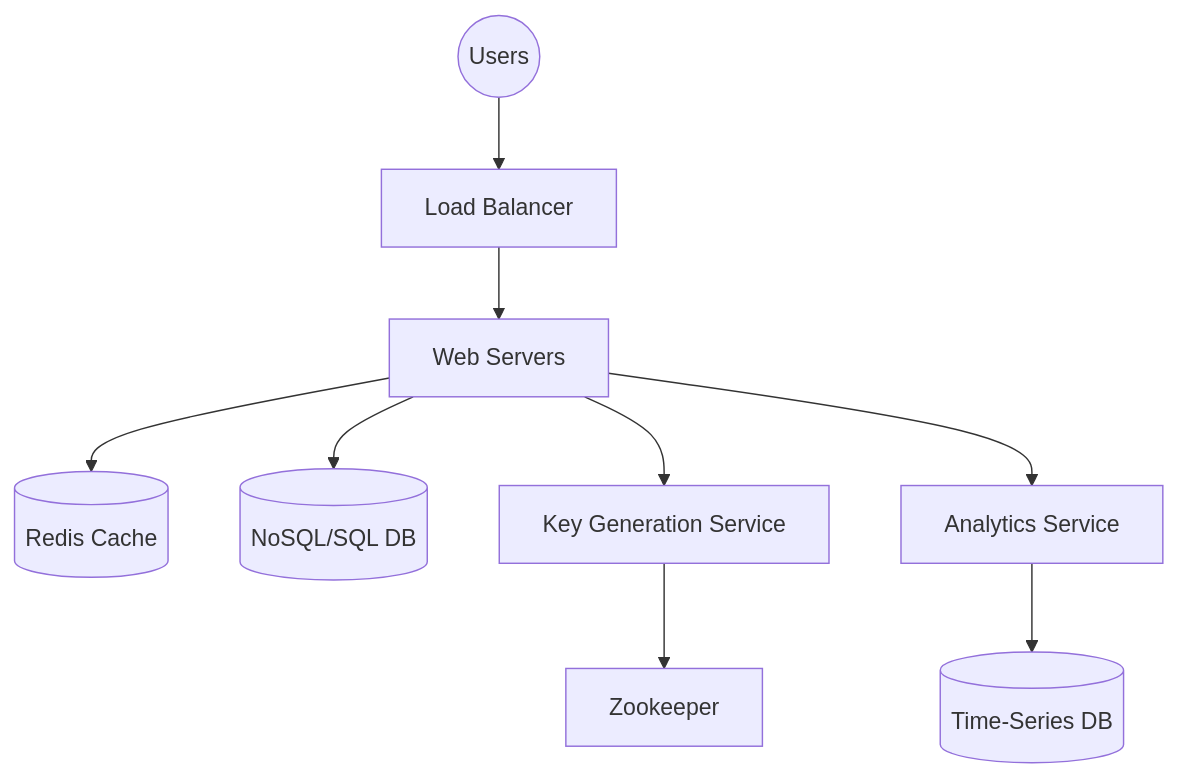
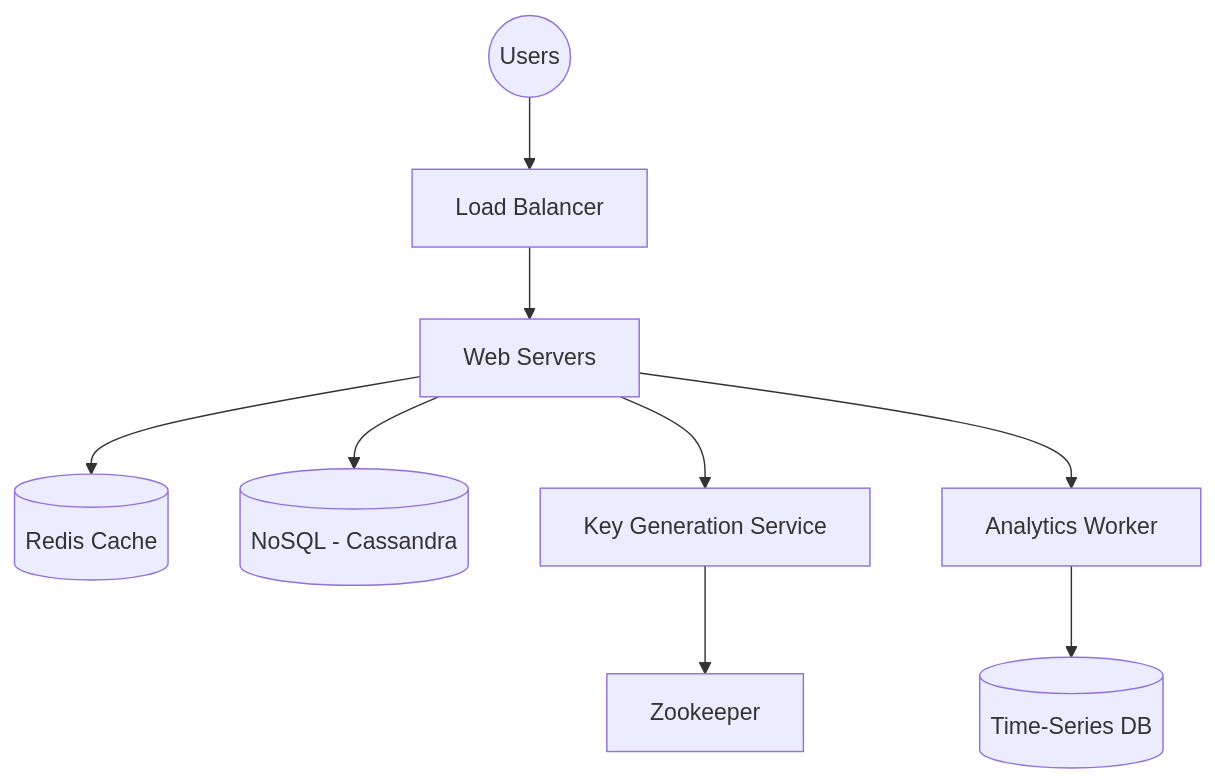
Before and after one commit to yokeshrana/systemdesign: the diagram in docs/case-studies/url-shortener.md, drawn with Mermaid. The commit also changed other lines of this file and 5 other files, not shown here.

Commit message:
docs: deeply enhance case studies with 7-step structure and detailed architecture

````diff
--- a/docs/case-studies/url-shortener.md
+++ b/docs/case-studies/url-shortener.md
@@ -21,14 +105,14 @@
 ```mermaid
 graph TD
     User((Users)) --> LB[Load Balancer]
     LB --> Web[Web Servers]
     
     Web --> Cache[(Redis Cache)]
-    Web --> DB[(NoSQL/SQL DB)]
+    Web --> DB[(NoSQL - Cassandra)]
     
     Web --> KGS[Key Generation Service]
     KGS --> Zoo[Zookeeper]
     
-    Web --> Analytics[Analytics Service]
+    Web --> Analytics[Analytics Worker]
     Analytics --> TSDB[(Time-Series DB)]
 ```
````
